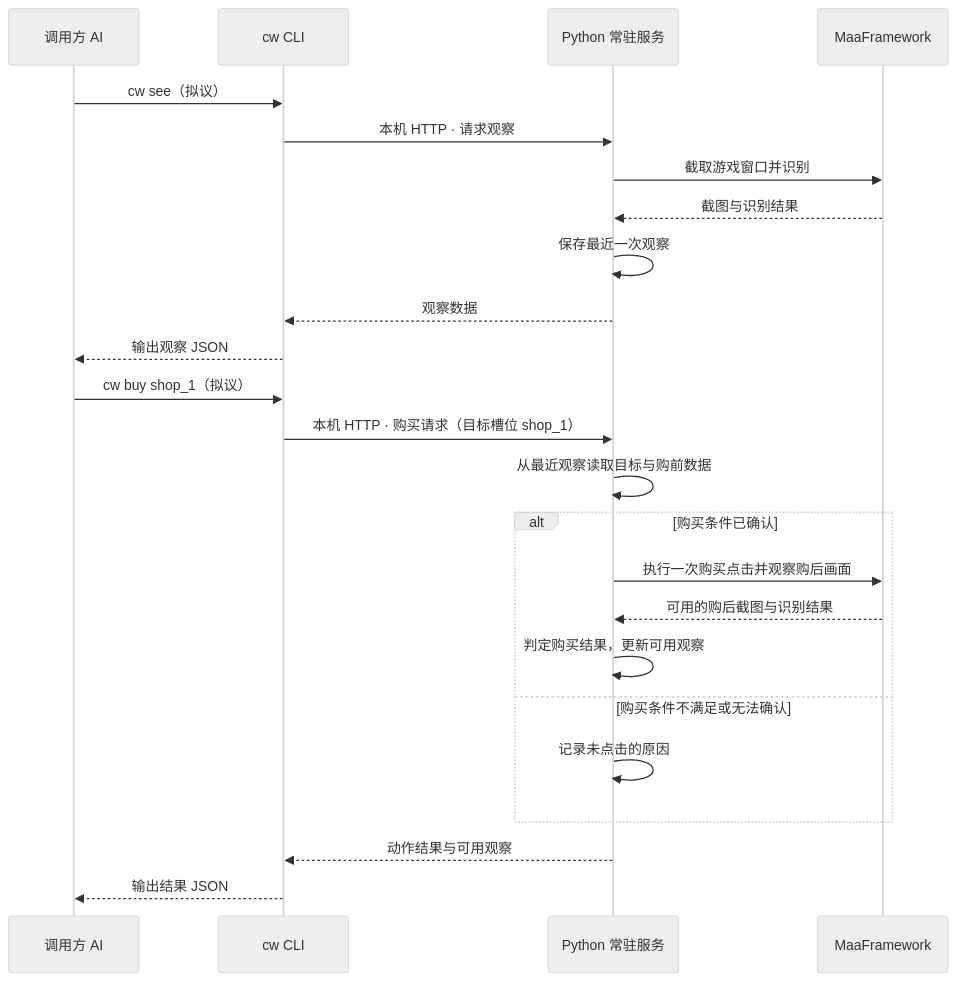
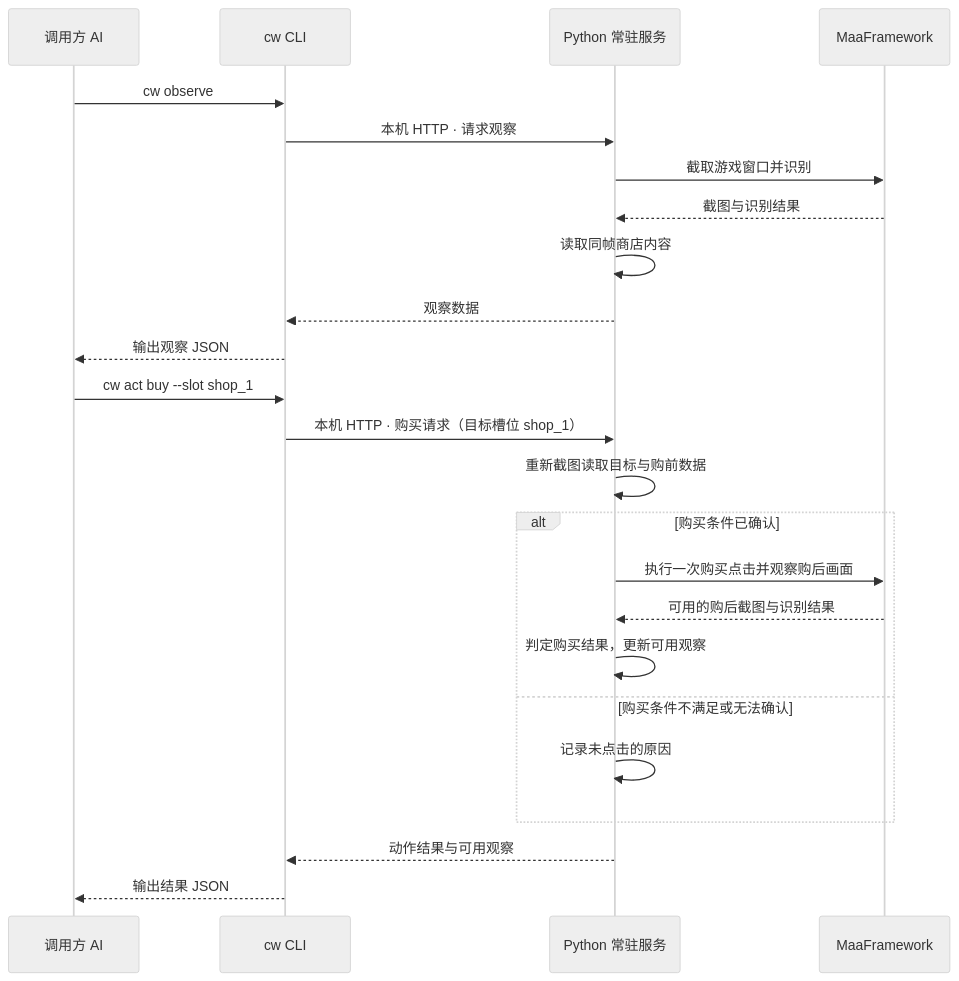
One commit to 23swccp/CurrencyWarsKit changed the first of 3 diagrams in design/buy.md. Above: the diagram before and after it, drawn with Mermaid (neutral theme). The commit also changed other lines of this file and 85 other files, not shown here.

````diff
--- a/design/buy.md
+++ b/design/buy.md
@@ -9,28 +9,28 @@
 ```mermaid
 sequenceDiagram
     participant AI as 调用方 AI
     participant CLI as cw CLI
     participant S as Python 常驻服务
     participant M as MaaFramework
 
-    AI->>CLI: cw see（拟议）
+    AI->>CLI: cw observe
     CLI->>S: 本机 HTTP · 请求观察
     S->>M: 截取游戏窗口并识别
     M-->>S: 截图与识别结果
-    S->>S: 保存最近一次观察
+    S->>S: 读取同帧商店内容
     S-->>CLI: 观察数据
     CLI-->>AI: 输出观察 JSON
 
-    AI->>CLI: cw buy shop_1（拟议）
+    AI->>CLI: cw act buy --slot shop_1
     CLI->>S: 本机 HTTP · 购买请求（目标槽位 shop_1）
-    S->>S: 从最近观察读取目标与购前数据
+    S->>S: 重新截图读取目标与购前数据
     alt 购买条件已确认
         S->>M: 执行一次购买点击并观察购后画面
         M-->>S: 可用的购后截图与识别结果
         S->>S: 判定购买结果，更新可用观察
     else 购买条件不满足或无法确认
         S->>S: 记录未点击的原因
     end
     S-->>CLI: 动作结果与可用观察
     CLI-->>AI: 输出结果 JSON
 ```
````
